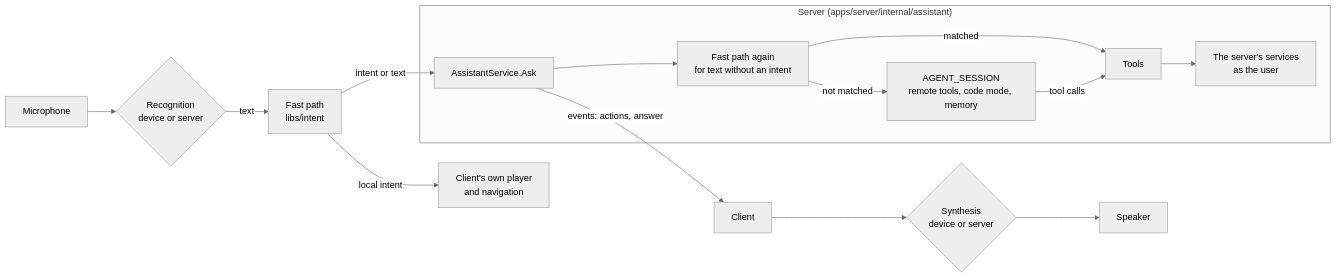
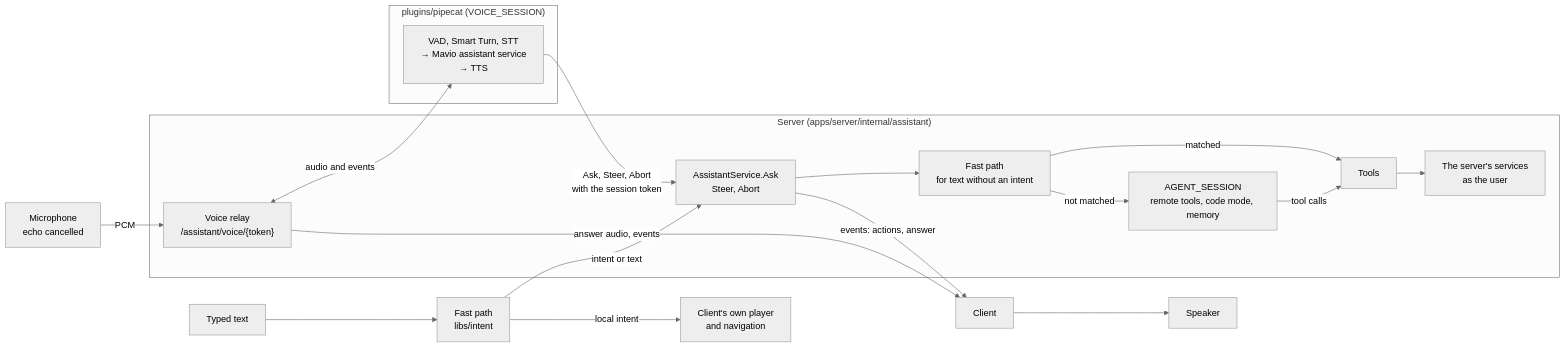
One commit to mavioai/mavio changed the diagram in docs/assistant.md. Above: the diagram before and after it, drawn with Mermaid (neutral theme). The commit also changed other lines of this file and 15 other files, not shown here.

Commit message:
docs: voice sessions on Pipecat in plugins/pipecat, relayed by the server with session tokens, steered and aborted, and subtitles transcribed by its transcribers, in place of plugins/voice

````diff
--- a/docs/assistant.md
+++ b/docs/assistant.md
@@ -19,16 +20,23 @@
 ```mermaid
 flowchart LR
-    Mic["Microphone"] --> ASR{"Recognition<br/>device or server"}
-    ASR -->|"text"| Fast["Fast path<br/>libs/intent"]
+    Mic["Microphone<br/>echo cancelled"] -->|"PCM"| Relay
+    Typed["Typed text"] --> Fast["Fast path<br/>libs/intent"]
     Fast -->|"local intent"| Local["Client's own player<br/>and navigation"]
-    Fast -->|"intent or text"| Ask["AssistantService.Ask"]
+    Fast -->|"intent or text"| Ask
     subgraph Server["Server (apps/server/internal/assistant)"]
-        Ask --> SFast["Fast path again<br/>for text without an intent"]
+        Relay["Voice relay<br/>/assistant/voice/{token}"]
+        Ask["AssistantService.Ask<br/>Steer, Abort"] --> SFast["Fast path<br/>for text without an intent"]
         SFast -->|"matched"| Tools["Tools"]
         SFast -->|"not matched"| Agent["AGENT_SESSION<br/>remote tools, code mode, memory"]
         Agent -->|"tool calls"| Tools
         Tools --> Services["The server's services<br/>as the user"]
     end
-    Ask -->|"events: actions, answer"| Client["Client"]
-    Client --> TTS{"Synthesis<br/>device or server"} --> Speaker["Speaker"]
+    subgraph Pipecat["plugins/pipecat (VOICE_SESSION)"]
+        Pipe["VAD, Smart Turn, STT<br/>→ Mavio assistant service<br/>→ TTS"]
+    end
+    Relay <-->|"audio and events"| Pipe
+    Pipe -->|"Ask, Steer, Abort<br/>with the session token"| Ask
+    Relay -->|"answer audio, events"| Client["Client"]
+    Ask -->|"events: actions, answer"| Client
+    Client --> Speaker["Speaker"]
 ```
````
